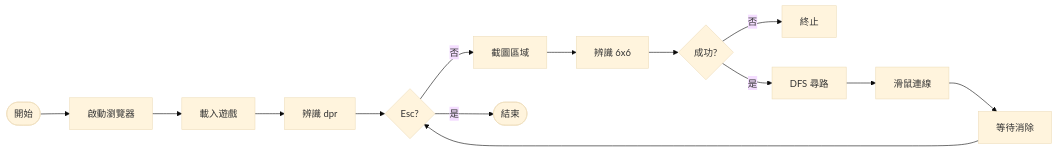
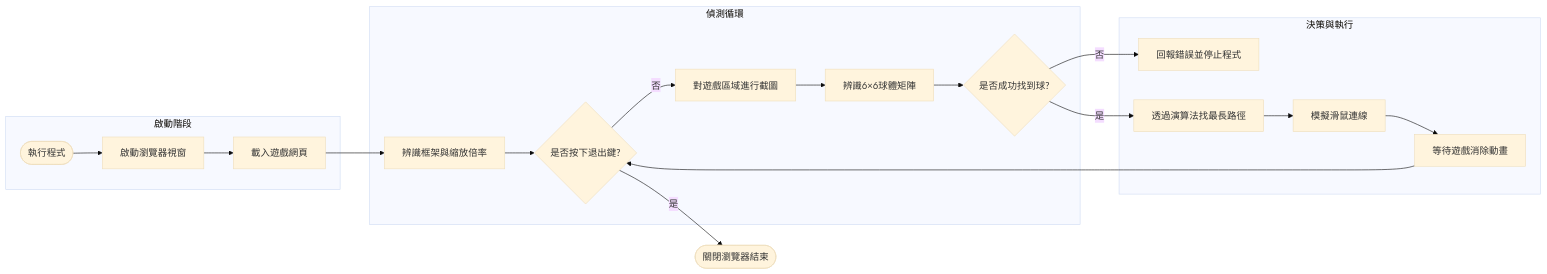
One commit to Yoyo-ace1110/Collect-Em-All changed the first of 2 diagrams in 流程圖.md. Above: the diagram before and after it, drawn with Mermaid (base theme). The commit also changed other lines of this file, not shown here.

First line of the commit message:
Enhance flowchart with detailed project logic

````diff
--- a/流程圖.md
+++ b/流程圖.md
@@ -4,16 +5,25 @@
 ```mermaid
 graph LR
-    A([開始]) --> B[啟動瀏覽器]
-    B --> C[載入遊戲]
-    C --> D[辨識 dpr]
-    D --> E{Esc?}
-    E -- 否 --> F[截圖區域]
-    F --> G[辨識 6x6]
-    G --> H{成功?}
-    H -- 否 --> I[終止]
-    H -- 是 --> J[DFS 尋路]
-    J --> K[滑鼠連線]
-    K --> L[等待消除]
+    subgraph 啟動階段
+    A([執行程式]) --> B[啟動瀏覽器視窗]
+    B --> C[載入遊戲網頁]
+    end
+
+    subgraph 偵測循環
+    C --> D[辨識框架與縮放倍率]
+    D --> E{是否按下退出鍵?}
+    E -- 否 --> F[對遊戲區域進行截圖]
+    F --> G[辨識6×6球體矩陣]
+    G --> H{是否成功找到球?}
+    end
+
+    subgraph 決策與執行
+    H -- 否 --> I[回報錯誤並停止程式]
+    H -- 是 --> J[透過演算法找最長路徑]
+    J --> K[模擬滑鼠連線]
+    K --> L[等待遊戲消除動畫]
     L --> E
-    E -- 是 --> M([結束])
+    end
+
+    E -- 是 --> M([關閉瀏覽器結束])
 ```
````
